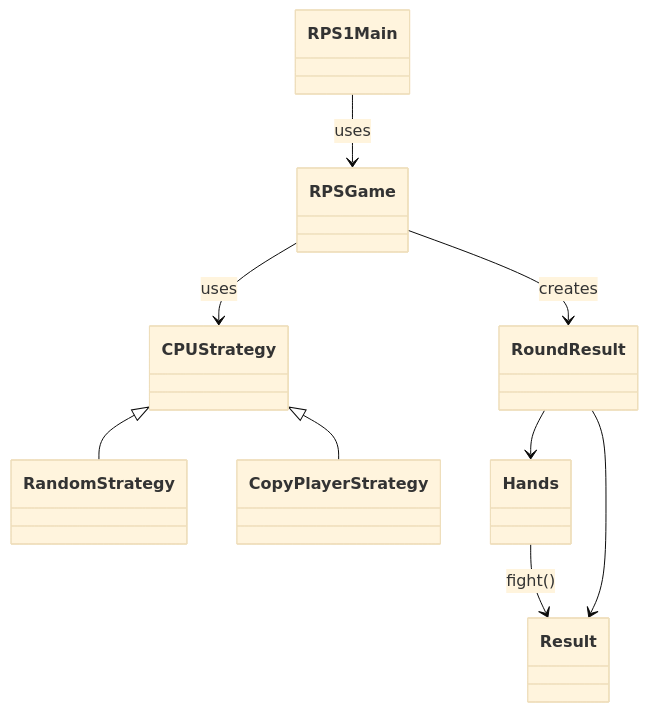
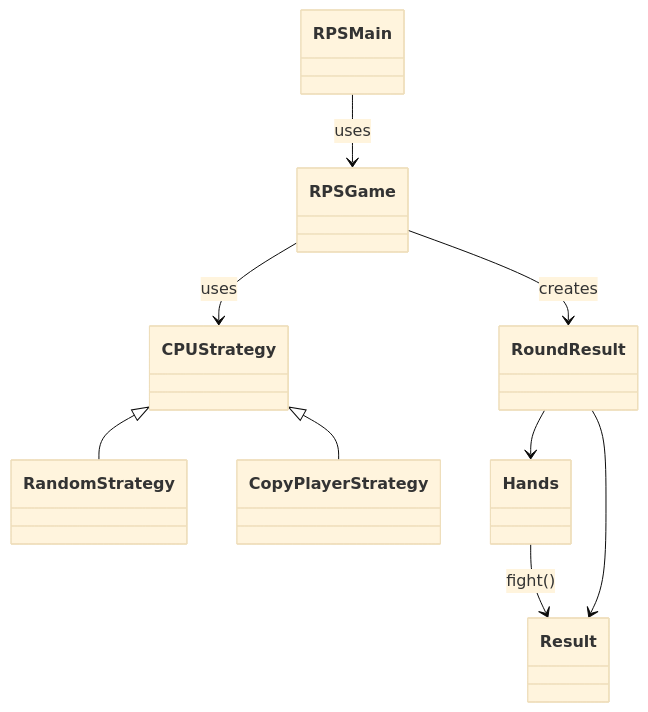
Before and after one commit to mkunori/RPS1Go: the first of 2 diagrams in README.md, drawn with Mermaid (base theme). The commit also changed other lines of this file and 1 other file, not shown here.

````diff
--- a/README.md
+++ b/README.md
@@ -46,22 +46,22 @@
 ```mermaid
 classDiagram
 
-class RPS1Main
+class RPSMain
 class RPSGame
 class Hands
 class Result
 class RoundResult
 class CPUStrategy
 class RandomStrategy
 class CopyPlayerStrategy
 
-RPS1Main --> RPSGame : uses
+RPSMain --> RPSGame : uses
 RPSGame --> CPUStrategy : uses
 CPUStrategy <|-- RandomStrategy
 CPUStrategy <|-- CopyPlayerStrategy
 
 RPSGame --> RoundResult : creates
 RoundResult --> Hands
 RoundResult --> Result
 Hands --> Result : fight()
 ```
````
